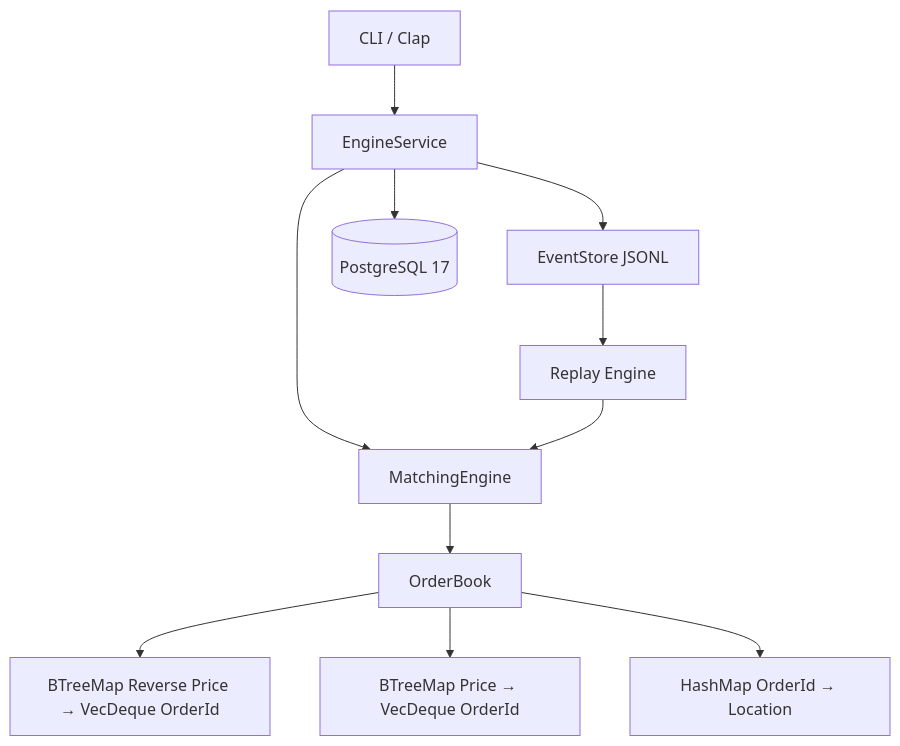
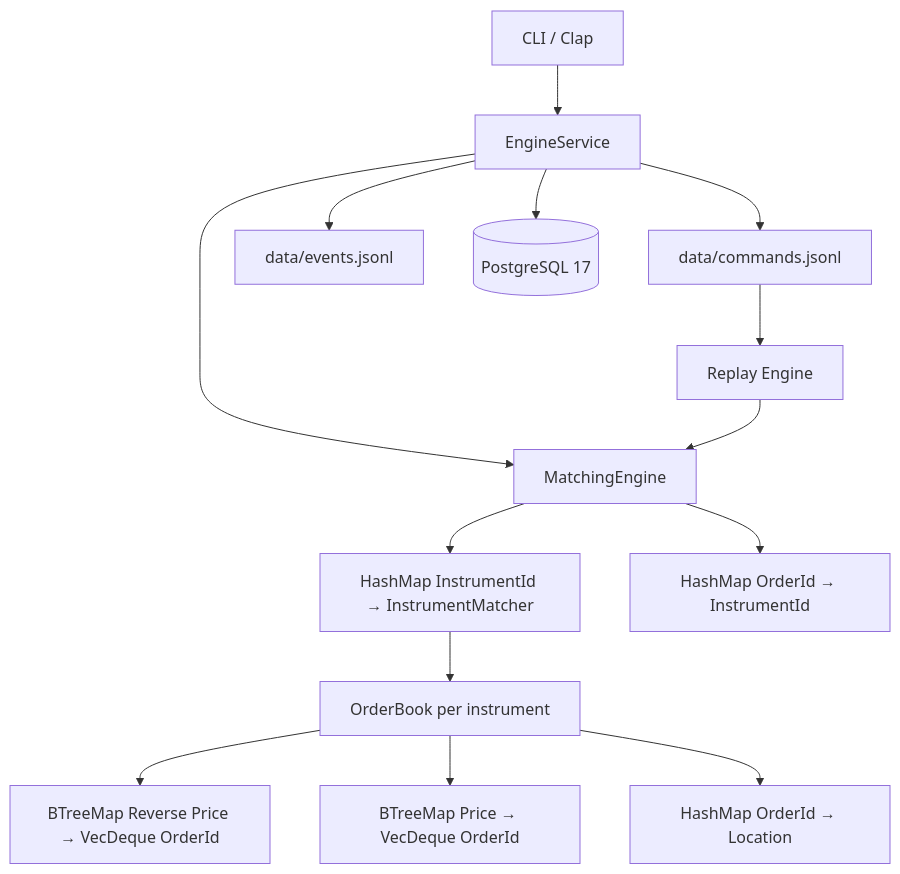
One commit to stevesojan/limit-order-book changed the diagram in README.md. Above: the diagram before and after it, drawn with Mermaid. The commit also changed other lines of this file, not shown here.

````diff
--- a/README.md
+++ b/README.md
@@ -9,13 +9,16 @@
 ```mermaid
 flowchart TB
     CLI[CLI / Clap] --> SVC[EngineService]
     SVC --> ME[MatchingEngine]
-    ME --> OB[OrderBook]
+    ME --> MAP["HashMap InstrumentId → InstrumentMatcher"]
+    MAP --> OB[OrderBook per instrument]
     OB --> BIDS["BTreeMap Reverse Price → VecDeque OrderId"]
     OB --> ASKS["BTreeMap Price → VecDeque OrderId"]
     OB --> IDX["HashMap OrderId → Location"]
-    SVC --> ES[EventStore JSONL]
+    ME --> OIDX["HashMap OrderId → InstrumentId"]
+    SVC --> CMD[data/commands.jsonl]
+    SVC --> ES[data/events.jsonl]
     SVC --> PG[(PostgreSQL 17)]
-    ES --> REPLAY[Replay Engine]
+    CMD --> REPLAY[Replay Engine]
     REPLAY --> ME
 ```
````
